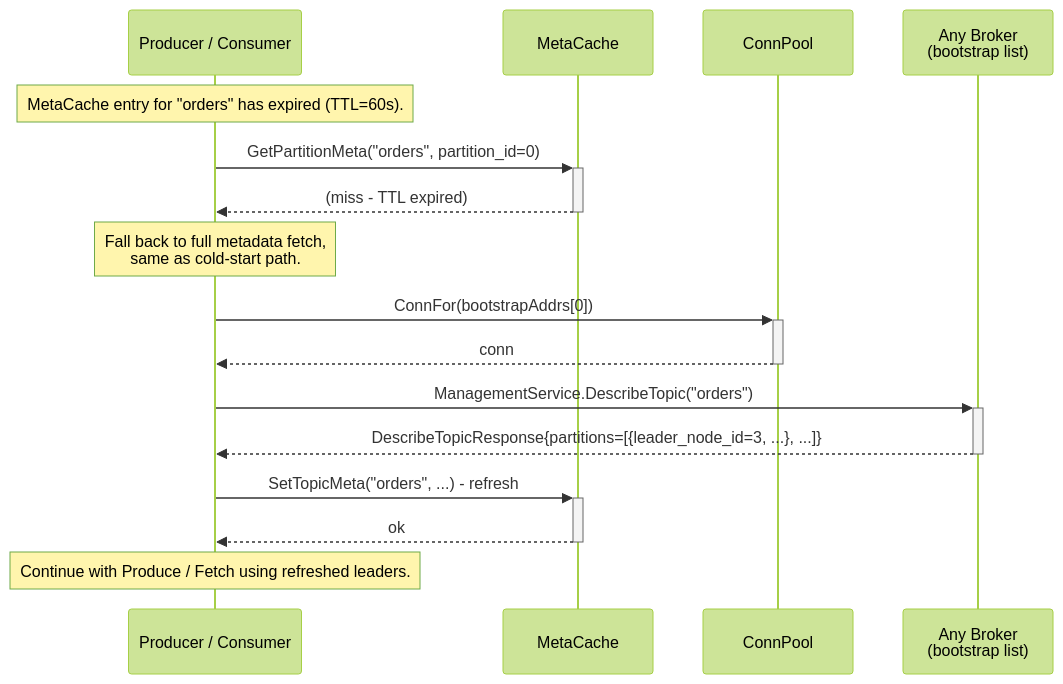
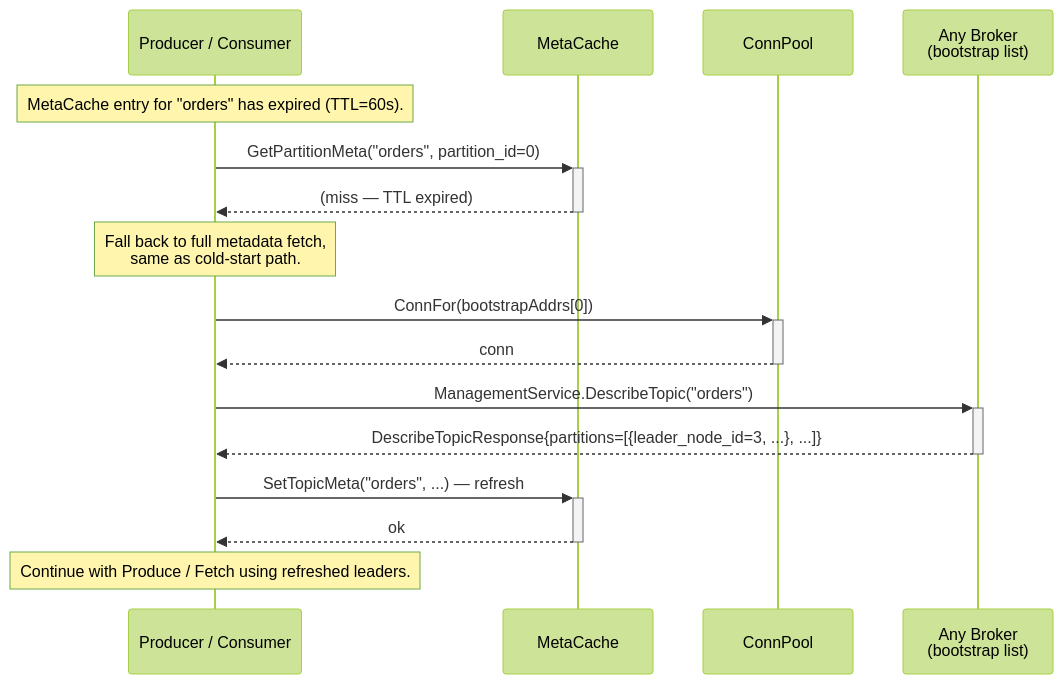
The third of 4 diagrams in docs/design/sequence/client-leader-discovery.md (bunnymq/bunnymq), drawn with Mermaid (forest theme) before and after one commit. The commit also changed other lines of this file and 86 other files, not shown here.

````diff
--- a/docs/design/sequence/client-leader-discovery.md
+++ b/docs/design/sequence/client-leader-discovery.md
@@ -70,25 +70,25 @@
 ```mermaid
 sequenceDiagram
     participant Client as Producer / Consumer
     participant MC as MetaCache
     participant CP as ConnPool
     participant AnyBroker as Any Broker<br/>(bootstrap list)
 
     Note over Client: MetaCache entry for "orders" has expired (TTL=60s).
 
     Client->>+MC: GetPartitionMeta("orders", partition_id=0)
-    MC-->>-Client: (miss - TTL expired)
+    MC-->>-Client: (miss — TTL expired)
 
     Note over Client: Fall back to full metadata fetch,<br/>same as cold-start path.
 
     Client->>+CP: ConnFor(bootstrapAddrs[0])
     CP-->>-Client: conn
 
     Client->>+AnyBroker: ManagementService.DescribeTopic("orders")
     AnyBroker-->>-Client: DescribeTopicResponse{partitions=[{leader_node_id=3, ...}, ...]}
 
-    Client->>+MC: SetTopicMeta("orders", ...) - refresh
+    Client->>+MC: SetTopicMeta("orders", ...) — refresh
     MC-->>-Client: ok
 
     Note over Client: Continue with Produce / Fetch using refreshed leaders.
 ```
````
